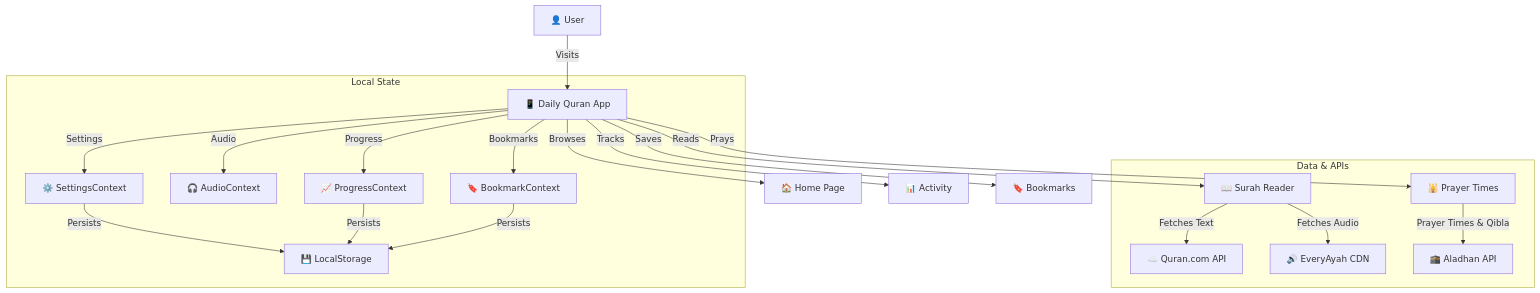
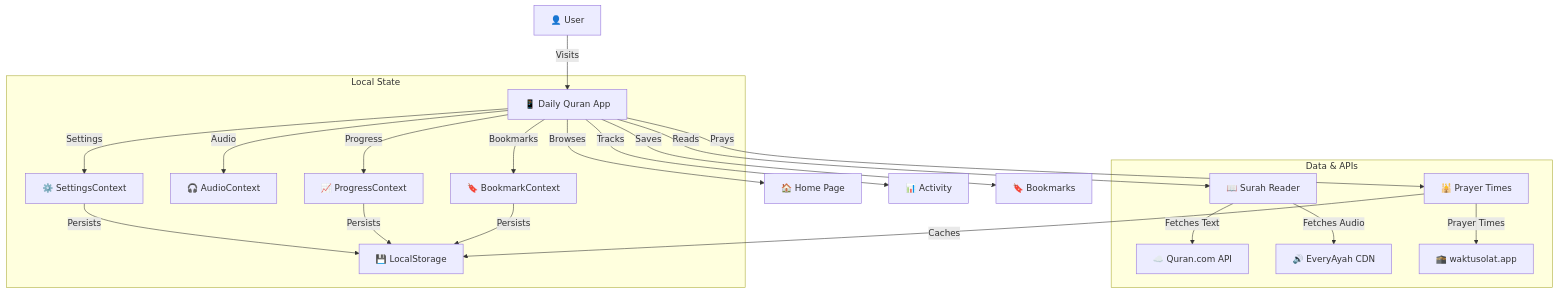
One commit to 9M2PJU/9M2PJU-Daily-Quran changed the diagram in README.md. Above: the diagram before and after it, drawn with Mermaid. The commit also changed other lines of this file and 1 other file, not shown here.

Commit message:
feat: add PWA Install App button in Settings, update README with current features

````diff
--- a/README.md
+++ b/README.md
@@ -67,25 +75,26 @@
 ```mermaid
 graph TD
     User[👤 User] -->|Visits| App[📱 Daily Quran App]
     App -->|Browses| Home[🏠 Home Page]
     App -->|Reads| Reader[📖 Surah Reader]
     App -->|Tracks| Activity[📊 Activity]
     App -->|Saves| Bookmarks[🔖 Bookmarks]
     App -->|Prays| Prayer[🕌 Prayer Times]
 
     subgraph "Data & APIs"
         Reader -->|Fetches Text| API[☁️ Quran.com API]
         Reader -->|Fetches Audio| Audio[🔊 EveryAyah CDN]
-        Prayer -->|Prayer Times & Qibla| Aladhan[🕋 Aladhan API]
+        Prayer -->|Prayer Times| WaktuSolat[🕋 waktusolat.app]
     end
 
     subgraph "Local State"
         App -->|Settings| Settings[⚙️ SettingsContext]
         App -->|Audio| AudioCtx[🎧 AudioContext]
         App -->|Progress| Progress[📈 ProgressContext]
         App -->|Bookmarks| BookmarkCtx[🔖 BookmarkContext]
         Settings -->|Persists| LS[💾 LocalStorage]
         Progress -->|Persists| LS
         BookmarkCtx -->|Persists| LS
+        Prayer -->|Caches| LS
     end
 ```
````
